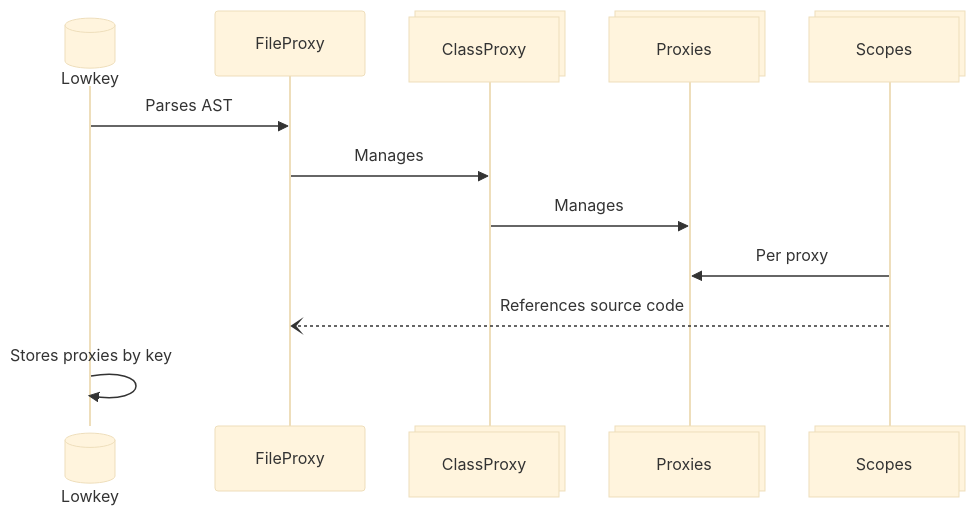
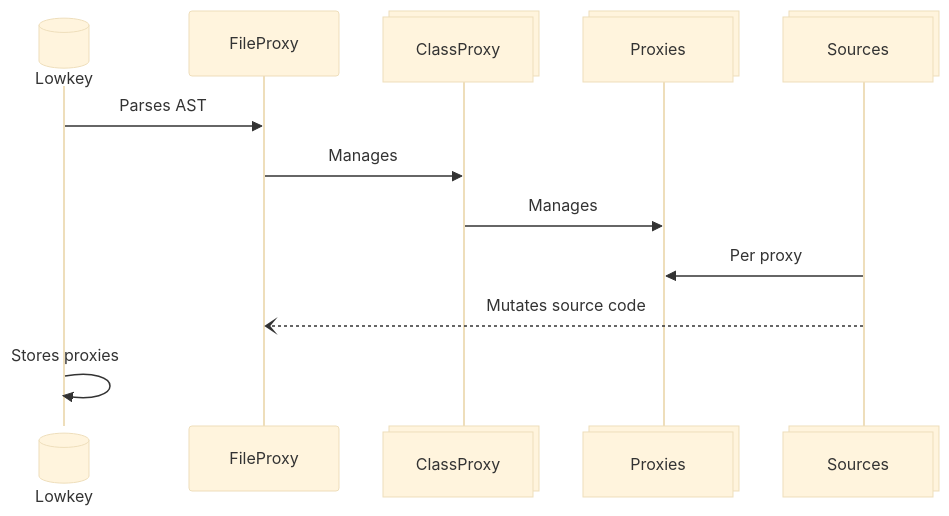
Before and after one commit to Piyush-Goenka/lowkey: the diagram in README.md, drawn with Mermaid (base theme). The commit also changed 12 other files, not shown here.

````diff
--- a/README.md
+++ b/README.md
@@ -140,15 +140,15 @@
 ```mermaid
 sequenceDiagram
   participant Lowkey@{ "type" : "database" }
   participant FileProxy
   participant ClassProxy@{ "type" : "collections" }
   participant Proxies@{ "type" : "collections" }
-  participant Scopes@{ "type" : "collections" }
+  participant Sources@{ "type" : "collections" }
 
   Lowkey->>FileProxy: Parses AST
   FileProxy->>ClassProxy: Manages
   ClassProxy->>Proxies: Manages
-  Scopes->>Proxies: Per proxy
-  Scopes--)FileProxy: References source code
-  Lowkey->>Lowkey: Stores proxies by key
+  Sources->>Proxies: Per proxy
+  Sources--)FileProxy: Mutates source code
+  Lowkey->>Lowkey: Stores proxies
 ```
````
